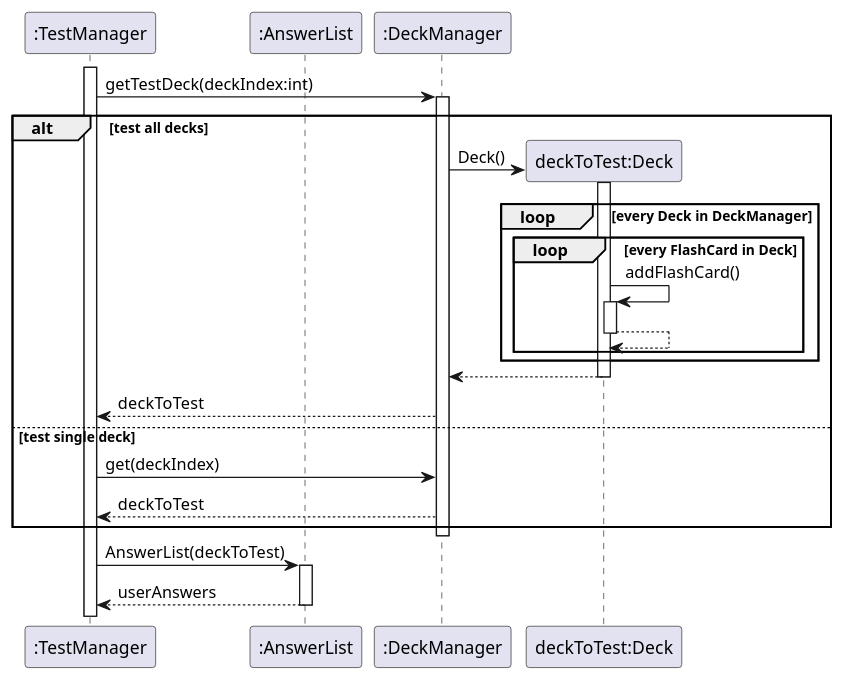
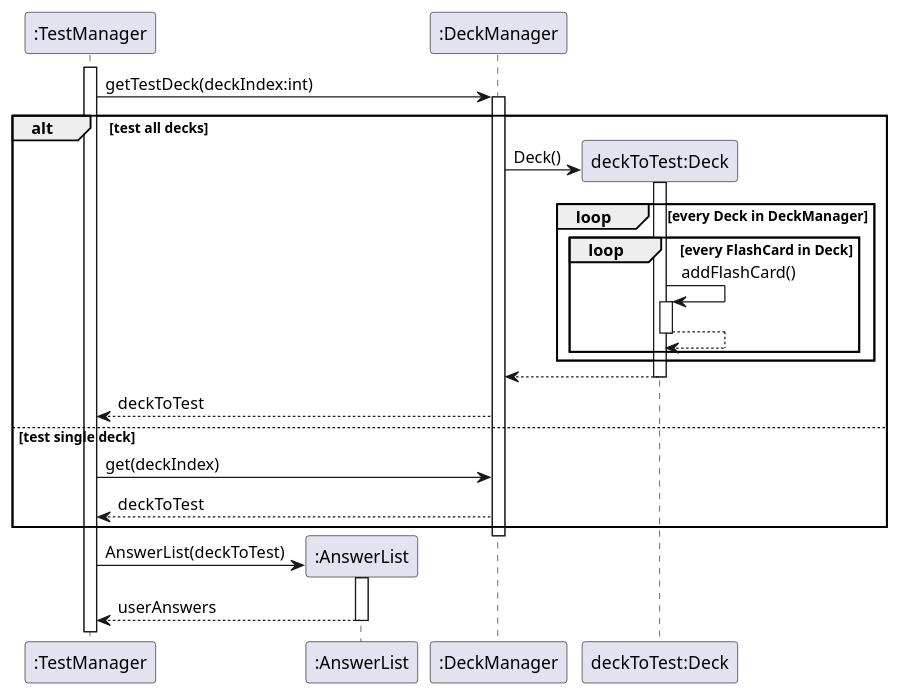
One commit to xkisxk/tp changed the diagram in docs/uml/getTestDeckSequenceDiagram.puml. Above: the diagram before and after it, drawn with PlantUML. The commit also changed 16 other files, not shown here.

```diff
--- a/docs/uml/getTestDeckSequenceDiagram.puml
+++ b/docs/uml/getTestDeckSequenceDiagram.puml
@@ -1,41 +1,41 @@
 @startuml
 participant ":TestManager" as TestManager
 participant ":AnswerList" as AnswerList
 participant ":DeckManager" as DeckManager
 participant "deckToTest:Deck" as Deck
 
 activate TestManager
 
 TestManager -> DeckManager : getTestDeck(deckIndex:int)
 activate DeckManager
 
 alt test all decks
 DeckManager -> Deck **: Deck()
 activate Deck
 loop every Deck in DeckManager
 loop every FlashCard in Deck
 
 Deck -> Deck : addFlashCard()
 activate Deck
 Deck --> Deck
 deactivate Deck
 
 end
 end
 Deck --> DeckManager
 deactivate Deck
 DeckManager --> TestManager : deckToTest
 
 else test single deck
 TestManager -> DeckManager : get(deckIndex)
 DeckManager --> TestManager : deckToTest
 end
 deactivate DeckManager
 
-TestManager -> AnswerList : AnswerList(deckToTest)
+TestManager -> AnswerList **: AnswerList(deckToTest)
 activate AnswerList
 
 TestManager <-- AnswerList : userAnswers
 deactivate AnswerList
 
 @enduml
```
